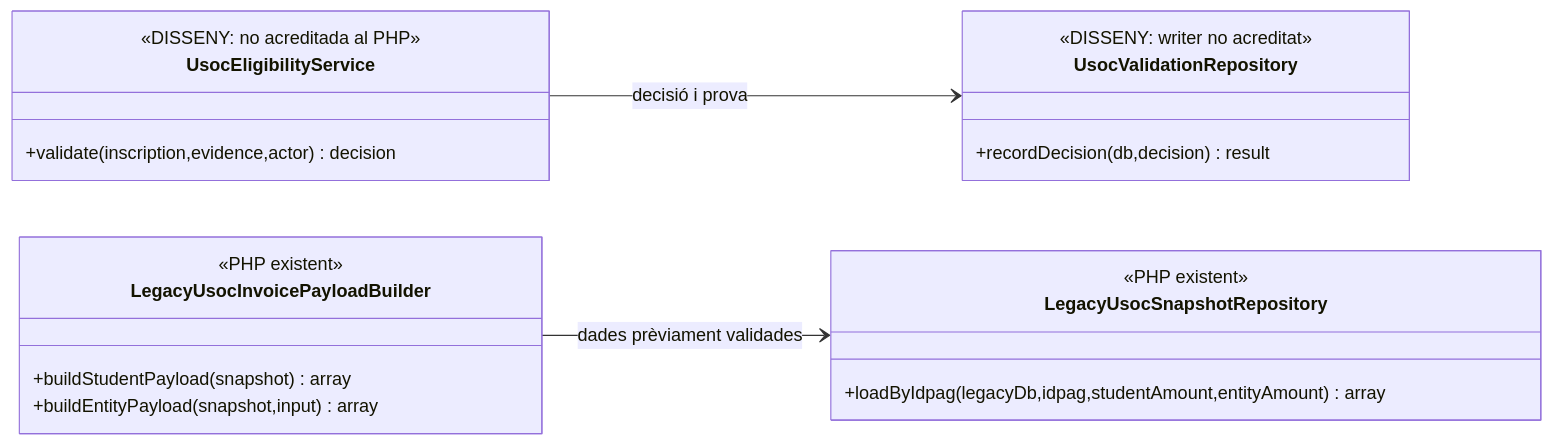
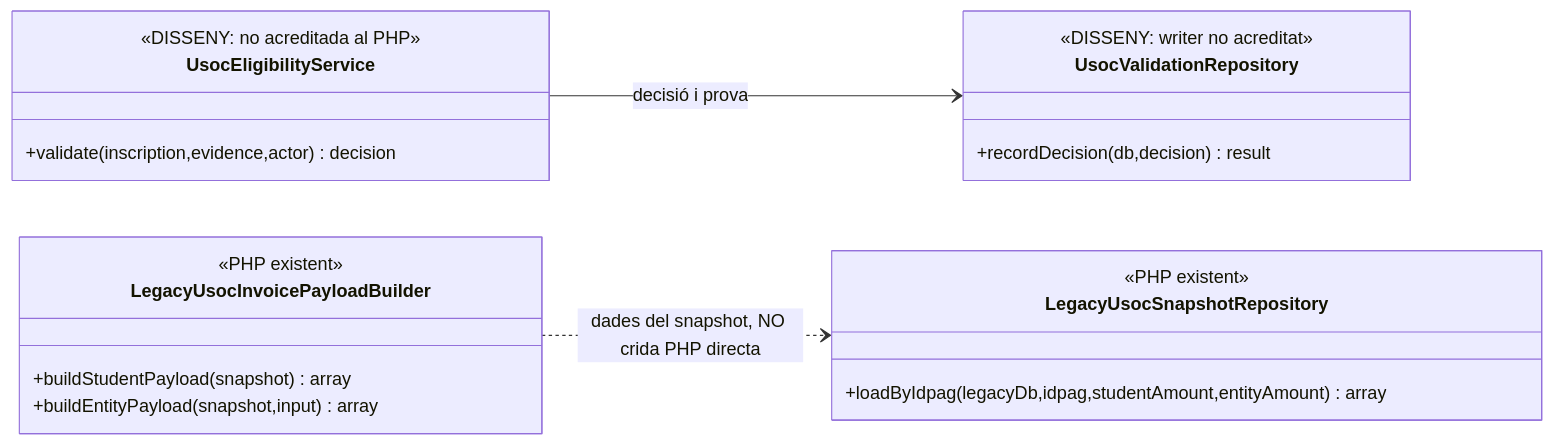
One commit to orgmeriemprismacat-del/verifactu changed the second of 7 diagrams in documentacio/07-uml-integrat/uc-019-validar-afiliacio-usoc.md. Above: the diagram before and after it, drawn with Mermaid. The commit also changed other lines of this file, not shown here.

Commit message:
docs(uml): UC-19 distingeix sol·licitud, decisió positiva/negativa i preu USOC abans de factura

````diff
--- a/documentacio/07-uml-integrat/uc-019-validar-afiliacio-usoc.md
+++ b/documentacio/07-uml-integrat/uc-019-validar-afiliacio-usoc.md
@@ -85,23 +85,23 @@
 ```mermaid
 classDiagram
 direction LR
 class UsocEligibilityService {
  <<DISSENY: no acreditada al PHP>>
  +validate(inscription,evidence,actor) decision
 }
 class UsocValidationRepository {
  <<DISSENY: writer no acreditat>>
  +recordDecision(db,decision) result
 }
 class LegacyUsocSnapshotRepository {
  <<PHP existent>>
  +loadByIdpag(legacyDb,idpag,studentAmount,entityAmount) array
 }
 class LegacyUsocInvoicePayloadBuilder {
  <<PHP existent>>
  +buildStudentPayload(snapshot) array
  +buildEntityPayload(snapshot,input) array
 }
 UsocEligibilityService --> UsocValidationRepository : decisió i prova
-LegacyUsocInvoicePayloadBuilder --> LegacyUsocSnapshotRepository : dades prèviament validades
+LegacyUsocInvoicePayloadBuilder ..> LegacyUsocSnapshotRepository : dades del snapshot, NO crida PHP directa
 ```
````
